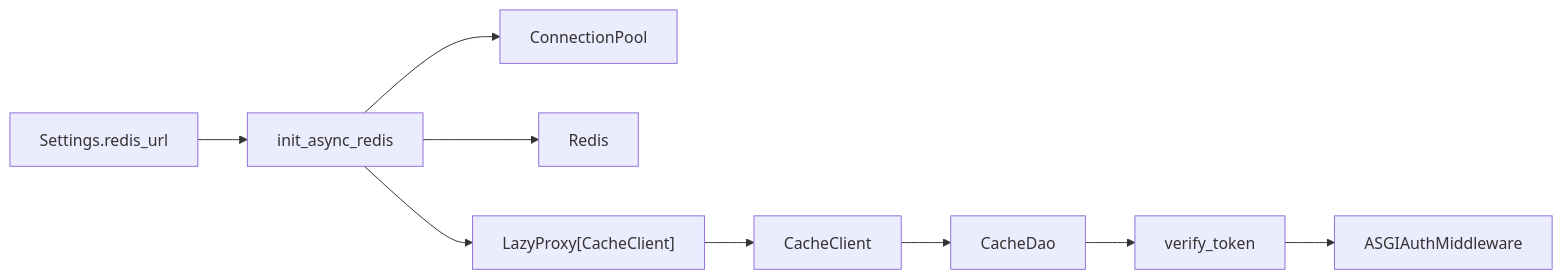
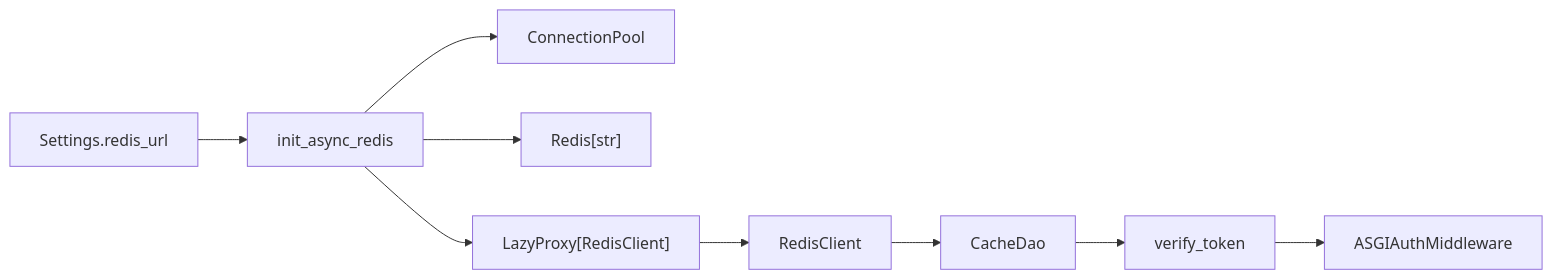
The seventh of 7 diagrams in .qoder/repowiki/zh/content/缓存系统/缓存系统.md (lilinzezzzzzz/fastapi-backend), drawn with Mermaid before and after one commit. The commit also changed other lines of this file and 42 other files, not shown here.

````diff
--- a/.qoder/repowiki/zh/content/缓存系统/缓存系统.md
+++ b/.qoder/repowiki/zh/content/缓存系统/缓存系统.md
@@ -322,11 +342,11 @@
 ```mermaid
 graph LR
 Settings["Settings.redis_url"] --> Infra["init_async_redis"]
 Infra --> Pool["ConnectionPool"]
-Infra --> Redis["Redis"]
-Infra --> Proxy["LazyProxy[CacheClient]"]
-Proxy --> Cache["CacheClient"]
-Cache --> Dao["CacheDao"]
+Infra --> Redis["Redis[str]"]
+Infra --> Proxy["LazyProxy[RedisClient]"]
+Proxy --> Client["RedisClient"]
+Client --> Dao["CacheDao"]
 Dao --> Auth["verify_token"]
 Auth --> MW["ASGIAuthMiddleware"]
 ```
````
